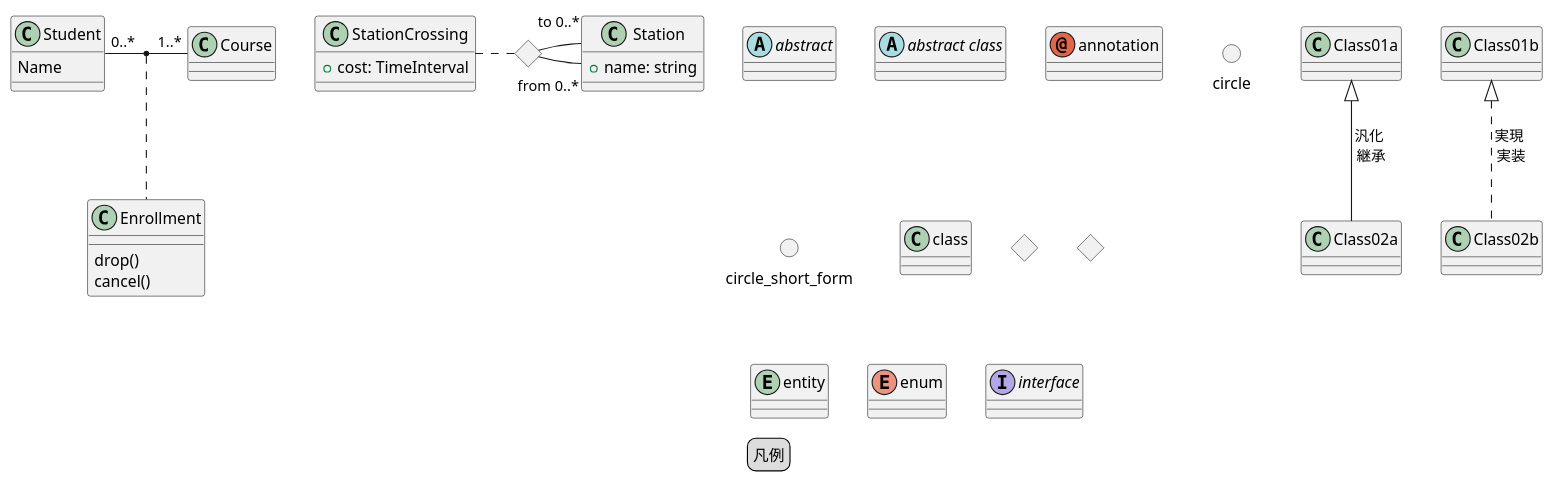
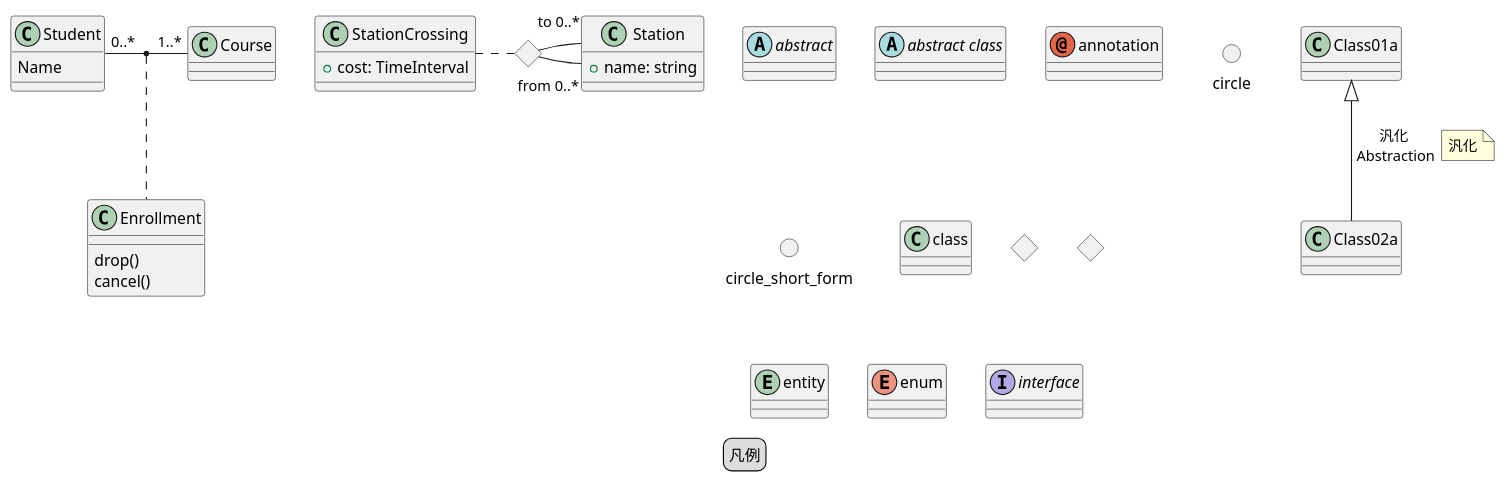
Before and after one commit to peregrin8alde/learn-ossdb-gold: the diagram in site/content/ja/docs/Appendix/uml/class/puml/legend/classe-legends.puml, drawn with PlantUML. The commit also changed 3 other files, not shown here.

```diff
--- a/site/content/ja/docs/Appendix/uml/class/puml/legend/classe-legends.puml
+++ b/site/content/ja/docs/Appendix/uml/class/puml/legend/classe-legends.puml
@@ -1,54 +1,56 @@
 @startuml
 /'
 コメント
 '/
 legend
 凡例
 endlegend
 
 abstract "abstract"
 abstract class "abstract class"
 annotation "annotation"
 circle "circle"
 () "circle_short_form"
 class "class"
 diamond diamond
 <> diamond_short_form
 entity "entity"
 enum "enum"
 interface "interface"
 
+"Class01a" <|-- "Class02a" : "汎化\n Abstraction"
+note right on link
+汎化
+end note
 
-"Class01a" <|-- "Class02a" : "汎化\n 継承"
-"Class01b" <|.. "Class02b" : "実現\n 実装"
 
 /'
 関連クラス
 '/
 class Student {
   Name
 }
 Student "0..*" - "1..*" Course
   (Student, Course) .. Enrollment
   class Enrollment {
   drop()
   cancel()
 }
 
 /'
 複数関連
 '/
 class Station {
   +name: string
 }
 class StationCrossing {
   +cost: TimeInterval
 }
 <> diamond1
 StationCrossing . diamond1
 diamond1 - "from 0..*" Station
 diamond1 - "to 0..* " Station
 
 
 
 @enduml
```
